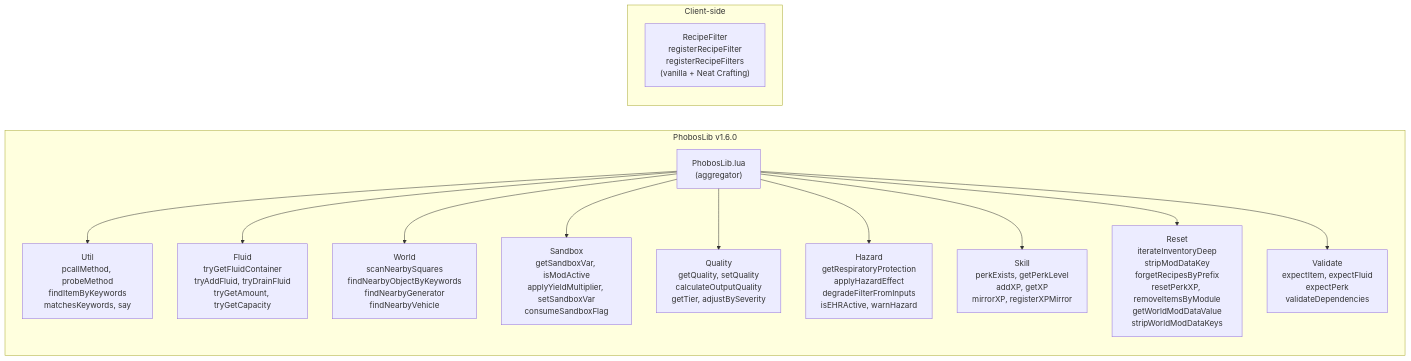
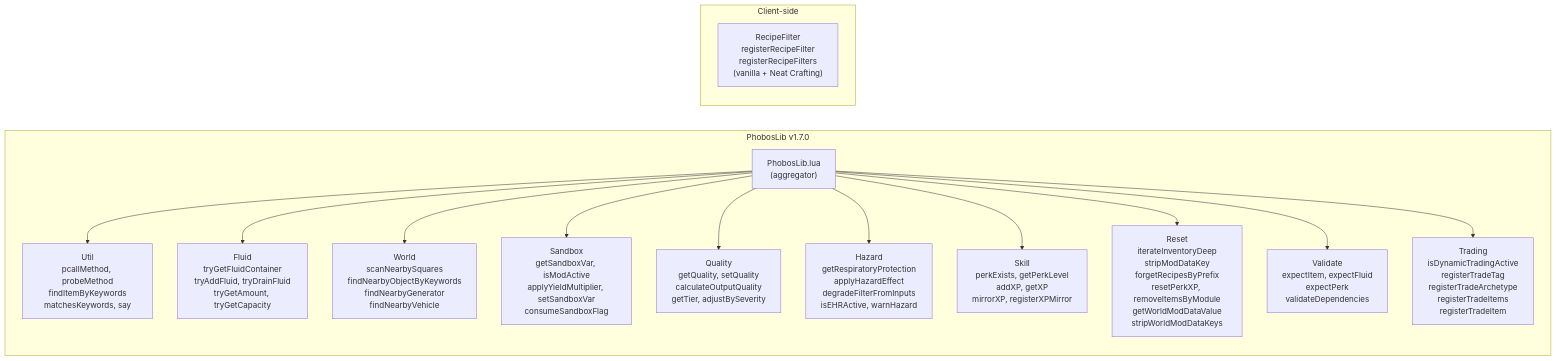
The diagram in docs/mermaid-src/phoboslib-modules.mmd (phobos-dthorga/mod-pz-phobos-lib), drawn with Mermaid before and after one commit. The commit also changed 8 other files, not shown here.

First line of the commit message:
feat: add PhobosLib_Trading module — Dynamic Trading API wrapper (v1.7.0)

```diff
--- a/docs/mermaid-src/phoboslib-modules.mmd
+++ b/docs/mermaid-src/phoboslib-modules.mmd
@@ -1,36 +1,39 @@
 graph LR
-    subgraph LIB["PhobosLib v1.6.0"]
+    subgraph LIB["PhobosLib v1.7.0"]
         INIT["PhobosLib.lua<br/>(aggregator)"]
 
         UTIL["Util<br/>pcallMethod, probeMethod<br/>findItemByKeywords<br/>matchesKeywords, say"]
 
         FLUID["Fluid<br/>tryGetFluidContainer<br/>tryAddFluid, tryDrainFluid<br/>tryGetAmount, tryGetCapacity"]
 
         WORLD["World<br/>scanNearbySquares<br/>findNearbyObjectByKeywords<br/>findNearbyGenerator<br/>findNearbyVehicle"]
 
         SANDBOX["Sandbox<br/>getSandboxVar, isModActive<br/>applyYieldMultiplier, setSandboxVar<br/>consumeSandboxFlag"]
 
         QUALITY["Quality<br/>getQuality, setQuality<br/>calculateOutputQuality<br/>getTier, adjustBySeverity"]
 
         HAZ["Hazard<br/>getRespiratoryProtection<br/>applyHazardEffect<br/>degradeFilterFromInputs<br/>isEHRActive, warnHazard"]
 
         SKL["Skill<br/>perkExists, getPerkLevel<br/>addXP, getXP<br/>mirrorXP, registerXPMirror"]
 
         RST["Reset<br/>iterateInventoryDeep<br/>stripModDataKey<br/>forgetRecipesByPrefix<br/>resetPerkXP, removeItemsByModule<br/>getWorldModDataValue<br/>stripWorldModDataKeys"]
 
         VAL["Validate<br/>expectItem, expectFluid<br/>expectPerk<br/>validateDependencies"]
+
+        TRADING["Trading<br/>isDynamicTradingActive<br/>registerTradeTag<br/>registerTradeArchetype<br/>registerTradeItems<br/>registerTradeItem"]
     end
 
     subgraph CLIENT["Client-side"]
         RF["RecipeFilter<br/>registerRecipeFilter<br/>registerRecipeFilters<br/>(vanilla + Neat Crafting)"]
     end
 
     INIT --> UTIL
     INIT --> FLUID
     INIT --> WORLD
     INIT --> SANDBOX
     INIT --> QUALITY
     INIT --> HAZ
     INIT --> SKL
     INIT --> RST
     INIT --> VAL
+    INIT --> TRADING
```
